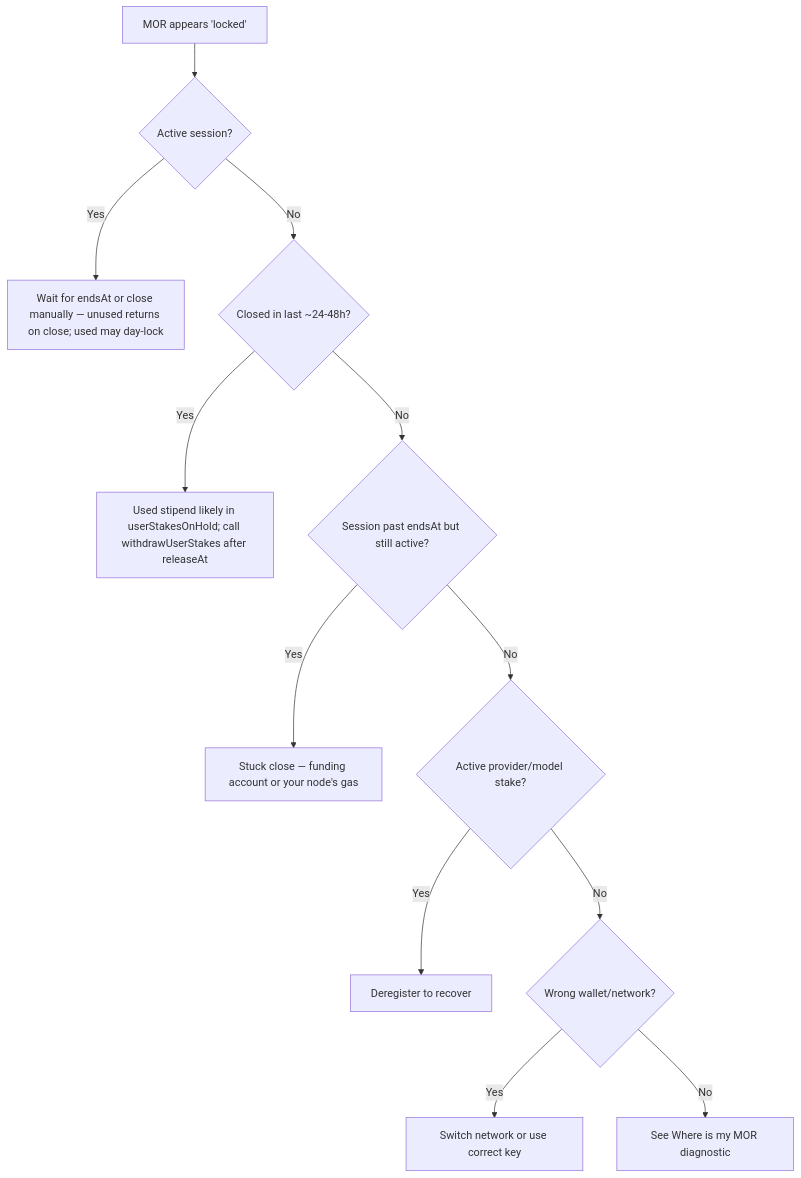
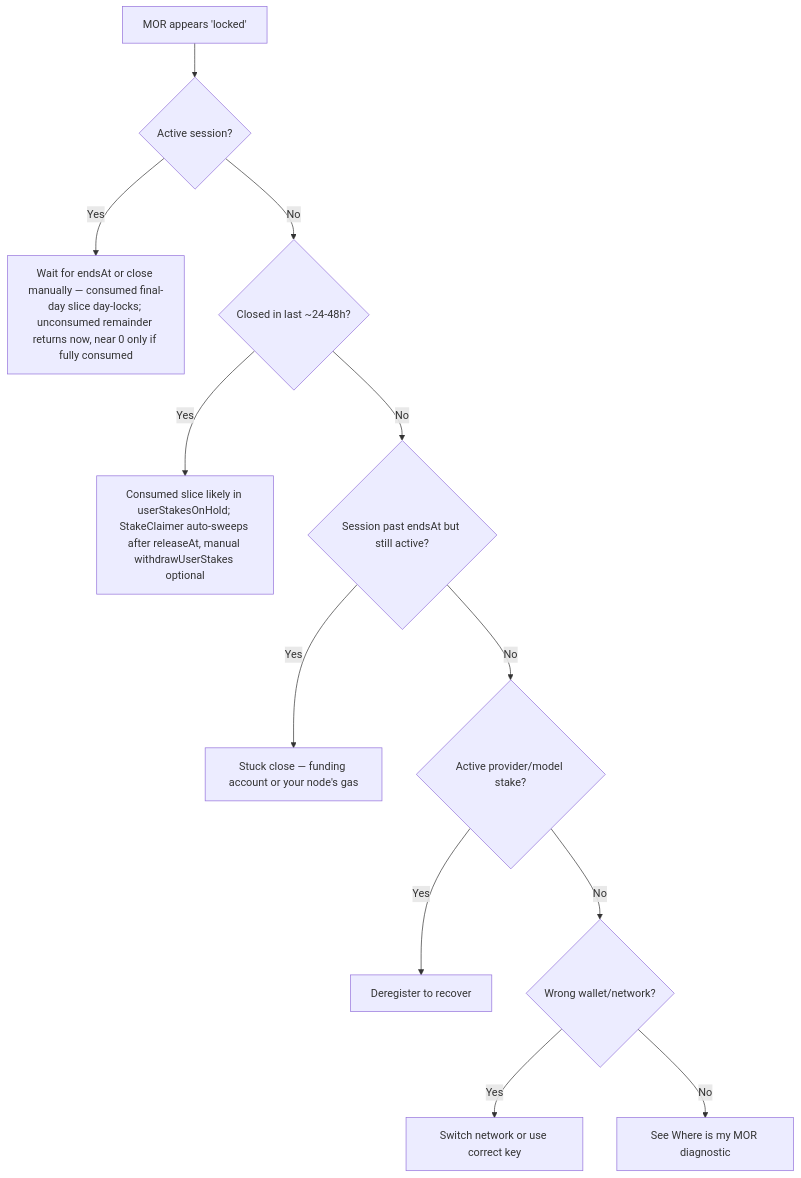
The diagram in docs/ai/why-locked-in-contract.mdx (cowboycoderhq/Morpheus-Lumerin-Node), drawn with Mermaid before and after one commit. The commit also changed other lines of this file and 80 other files, not shown here.

````diff
--- a/docs/ai/why-locked-in-contract.mdx
+++ b/docs/ai/why-locked-in-contract.mdx
@@ -56,14 +56,14 @@
 ```mermaid
 flowchart TD
   Start[MOR appears 'locked'] --> Q1{Active session?}
-  Q1 -->|Yes| A1[Wait for endsAt or close manually — unused returns on close; used may day-lock]
+  Q1 -->|Yes| A1[Wait for endsAt or close manually — consumed final-day slice day-locks; unconsumed remainder returns now, near 0 only if fully consumed]
   Q1 -->|No| Q2{Closed in last ~24-48h?}
-  Q2 -->|Yes| A2[Used stipend likely in userStakesOnHold; call withdrawUserStakes after releaseAt]
+  Q2 -->|Yes| A2[Consumed slice likely in userStakesOnHold; StakeClaimer auto-sweeps after releaseAt, manual withdrawUserStakes optional]
   Q2 -->|No| Q3{Session past endsAt but still active?}
   Q3 -->|Yes| A3[Stuck close — funding account or your node's gas]
   Q3 -->|No| Q4{Active provider/model stake?}
   Q4 -->|Yes| A4[Deregister to recover]
   Q4 -->|No| Q5{Wrong wallet/network?}
   Q5 -->|Yes| A5[Switch network or use correct key]
   Q5 -->|No| A6[See Where is my MOR diagnostic]
 ```
````
